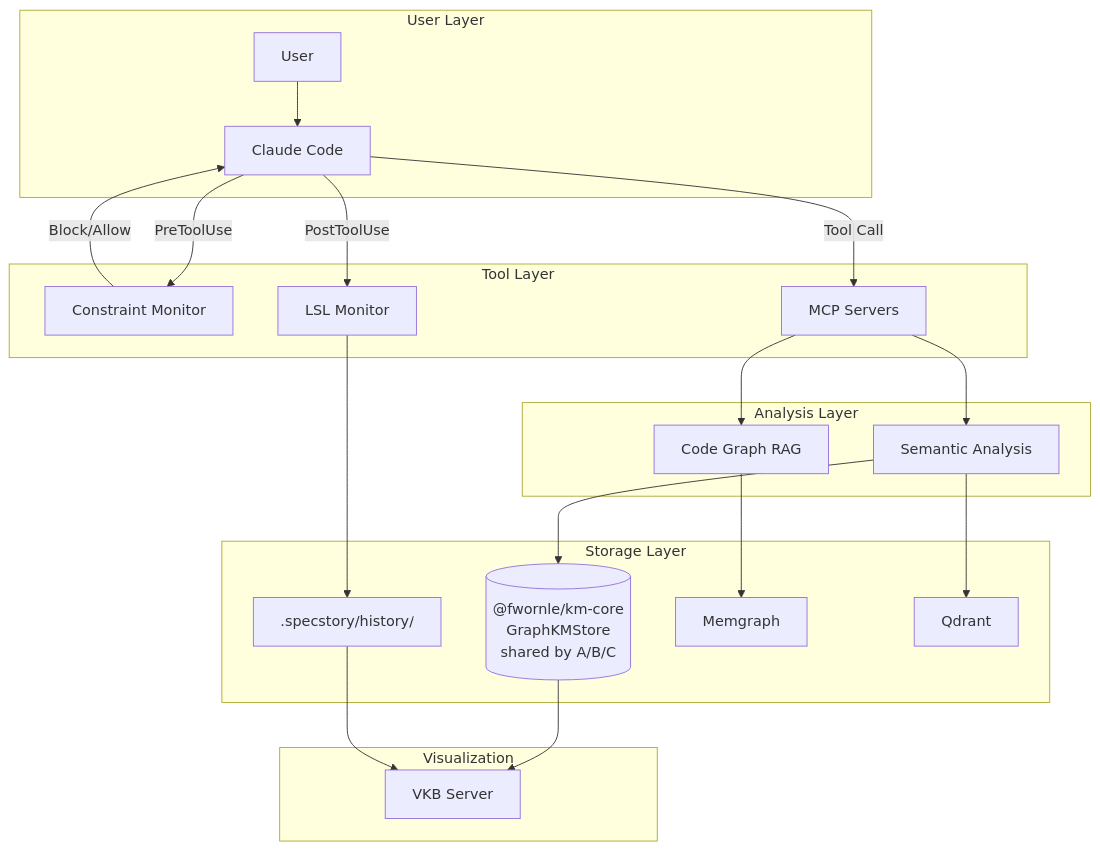
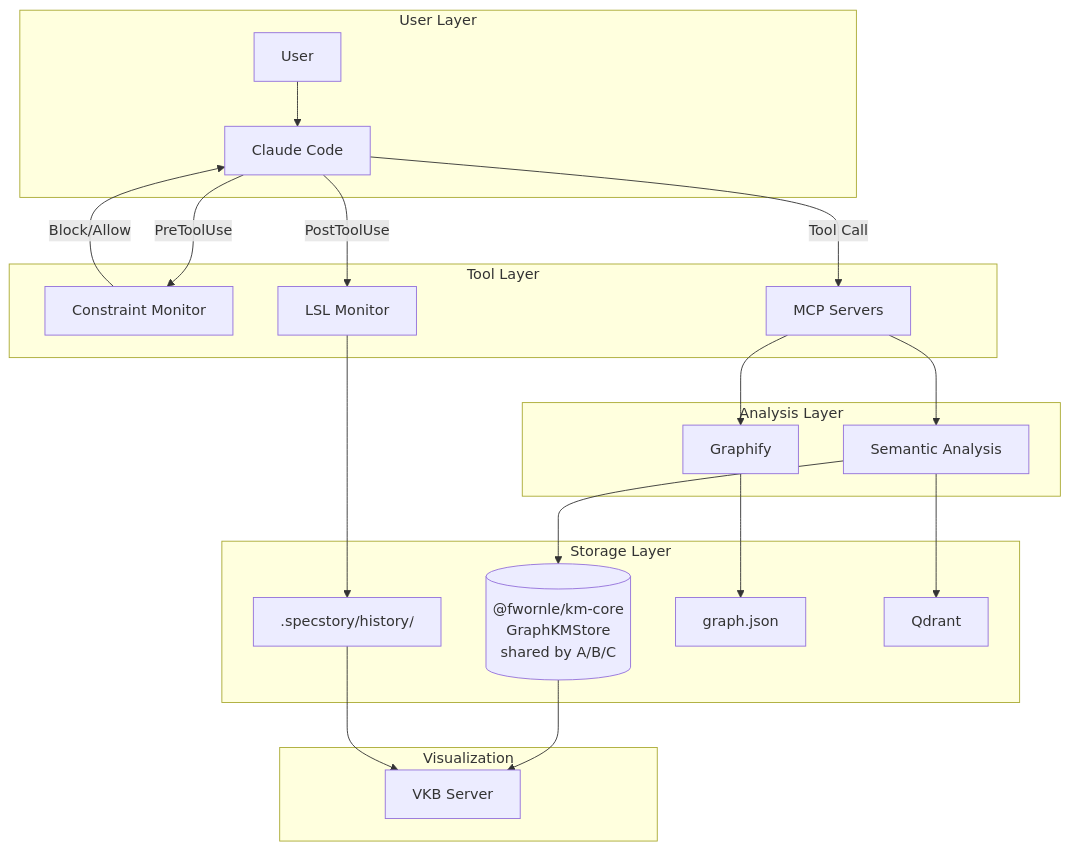
One commit to fwornle/coding changed the first of 2 diagrams in docs-content/architecture/data-flow.md. Above: the diagram before and after it, drawn with Mermaid. The commit also changed 76 other files, not shown here.

First line of the commit message:
docs(graphify): docs, diagrams, tests, dashboard label + cleanup (Phase 5)

````diff
--- a/docs-content/architecture/data-flow.md
+++ b/docs-content/architecture/data-flow.md
@@ -9,30 +9,30 @@
 ```mermaid
 flowchart TB
     subgraph "User Layer"
         U[User] --> CC[Claude Code]
     end
 
     subgraph "Tool Layer"
         CC -->|PreToolUse| CM[Constraint Monitor]
         CM -->|Block/Allow| CC
         CC -->|Tool Call| MCP[MCP Servers]
         CC -->|PostToolUse| LSL[LSL Monitor]
     end
 
     subgraph "Analysis Layer"
         MCP --> SA[Semantic Analysis]
-        MCP --> CGR[Code Graph RAG]
+        MCP --> CGR[Graphify]
     end
 
     subgraph "Storage Layer"
         LSL --> FS[.specstory/history/]
         SA --> KMC[("@fwornle/km-core<br/>GraphKMStore<br/>shared by A/B/C")]
-        CGR --> MG[Memgraph]
+        CGR --> MG[graph.json]
         SA --> QD[Qdrant]
     end
 
     subgraph "Visualization"
         KMC --> VKB[VKB Server]
         FS --> VKB
     end
 ```
````
